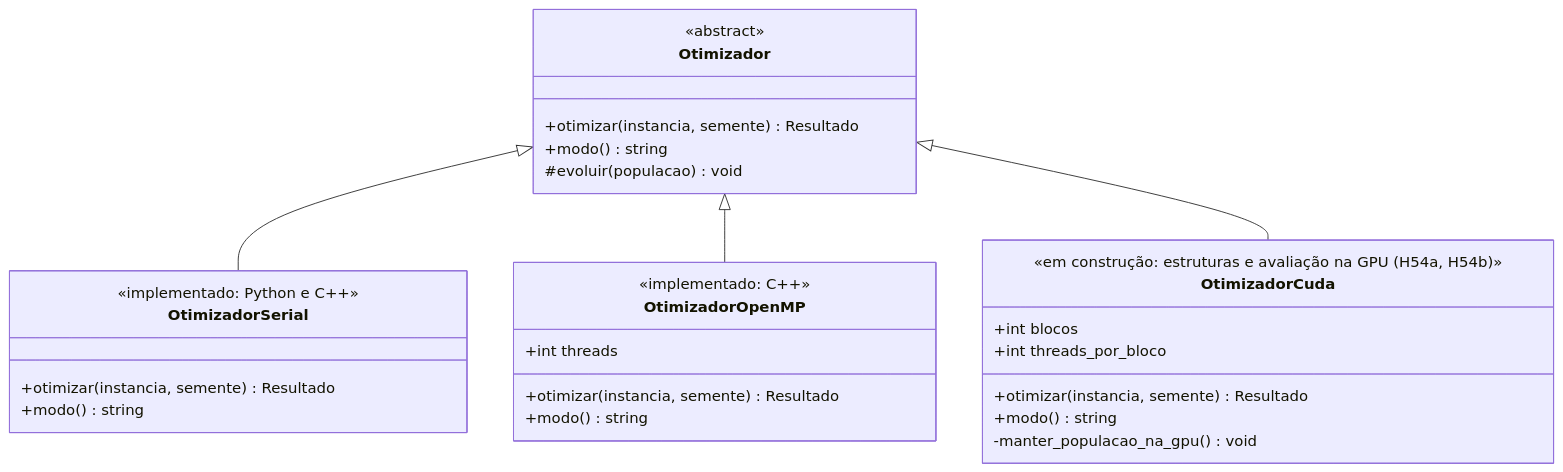
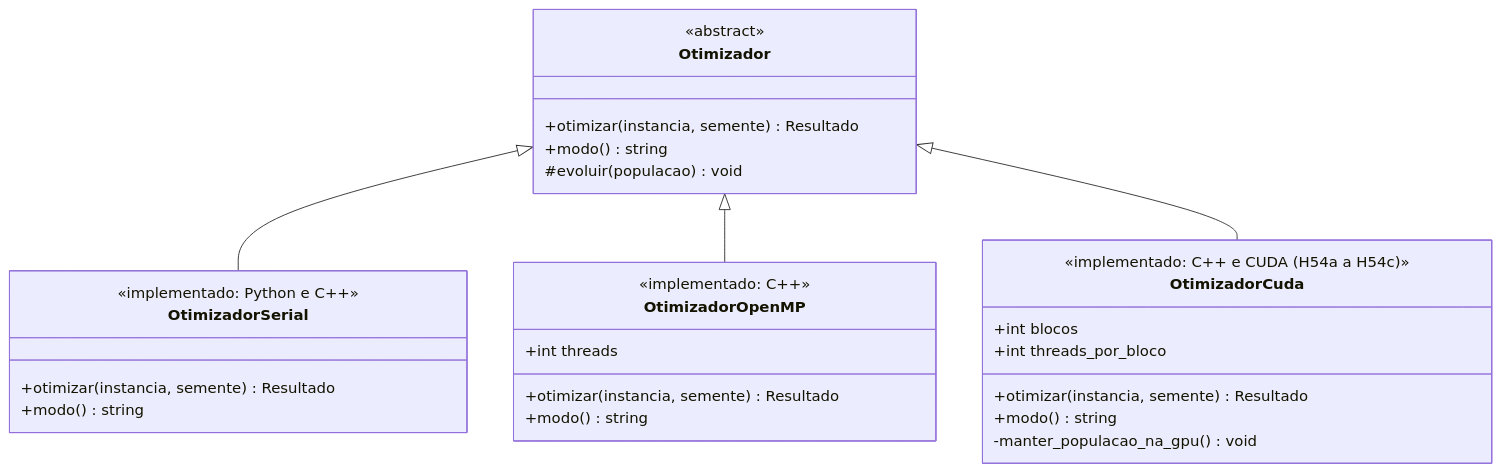
One commit to PedroMiranda243/gih-fabrica-de-software changed the eighth of 8 diagrams in docs/10-diagrama-de-classes.md. Above: the diagram before and after it, drawn with Mermaid. The commit also changed other lines of this file and 6 other files, not shown here.

````diff
--- a/docs/10-diagrama-de-classes.md
+++ b/docs/10-diagrama-de-classes.md
@@ -622,37 +622,37 @@
 ```mermaid
 classDiagram
     direction TB
 
     class Otimizador {
         <<abstract>>
         +otimizar(instancia, semente) Resultado
         +modo() string
         #evoluir(populacao) void
     }
 
     class OtimizadorSerial {
         <<implementado: Python e C++>>
         +otimizar(instancia, semente) Resultado
         +modo() string
     }
 
     class OtimizadorOpenMP {
         <<implementado: C++>>
         +int threads
         +otimizar(instancia, semente) Resultado
         +modo() string
     }
 
     class OtimizadorCuda {
-        <<em construção: estruturas e avaliação na GPU (H54a, H54b)>>
+        <<implementado: C++ e CUDA (H54a a H54c)>>
         +int blocos
         +int threads_por_bloco
         +otimizar(instancia, semente) Resultado
         +modo() string
         -manter_populacao_na_gpu() void
     }
 
     Otimizador <|-- OtimizadorSerial
     Otimizador <|-- OtimizadorOpenMP
     Otimizador <|-- OtimizadorCuda
 ```
````
